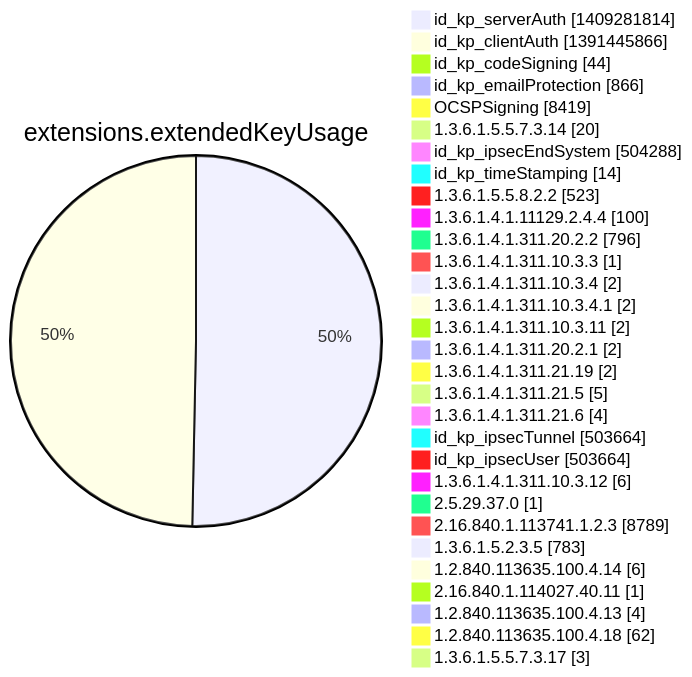
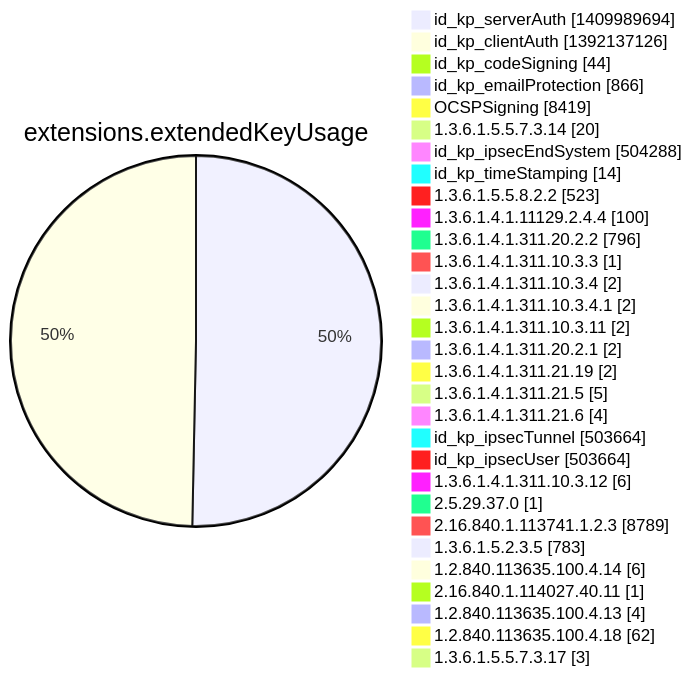
One commit to christiankrug/ctmonitor_visualization changed diagram 12 of 15 in argon2022/README.md. Above: the diagram before and after it, drawn with Mermaid. The commit also changed other lines of this file, not shown here.

````diff
--- a/argon2022/README.md
+++ b/argon2022/README.md
@@ -3554,34 +3554,34 @@
 ```mermaid
 pie showData
 title extensions.extendedKeyUsage
-"id_kp_serverAuth" :1409281814
-"id_kp_clientAuth" :1391445866
+"id_kp_serverAuth" :1409989694
+"id_kp_clientAuth" :1392137126
 "id_kp_codeSigning" :44
 "id_kp_emailProtection" :866
 "OCSPSigning" :8419
 "1.3.6.1.5.5.7.3.14" :20
 "id_kp_ipsecEndSystem" :504288
 "id_kp_timeStamping" :14
 "1.3.6.1.5.5.8.2.2" :523
 "1.3.6.1.4.1.11129.2.4.4" :100
 "1.3.6.1.4.1.311.20.2.2" :796
 "1.3.6.1.4.1.311.10.3.3" :1
 "1.3.6.1.4.1.311.10.3.4" :2
 "1.3.6.1.4.1.311.10.3.4.1" :2
 "1.3.6.1.4.1.311.10.3.11" :2
 "1.3.6.1.4.1.311.20.2.1" :2
 "1.3.6.1.4.1.311.21.19" :2
 "1.3.6.1.4.1.311.21.5" :5
 "1.3.6.1.4.1.311.21.6" :4
 "id_kp_ipsecTunnel" :503664
 "id_kp_ipsecUser" :503664
 "1.3.6.1.4.1.311.10.3.12" :6
 "2.5.29.37.0" :1
 "2.16.840.1.113741.1.2.3" :8789
 "1.3.6.1.5.2.3.5" :783
 "1.2.840.113635.100.4.14" :6
 "2.16.840.1.114027.40.11" :1
 "1.2.840.113635.100.4.13" :4
 "1.2.840.113635.100.4.18" :62
 "1.3.6.1.5.5.7.3.17" :3
 ```
````
